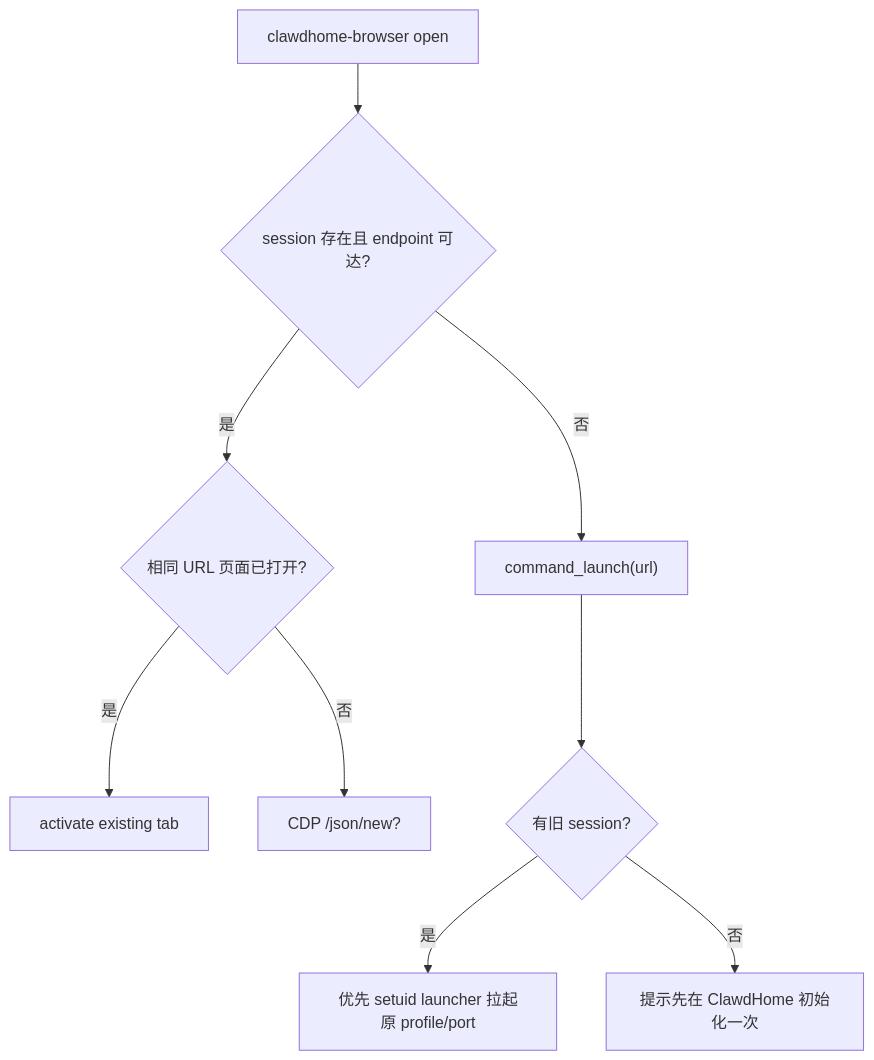
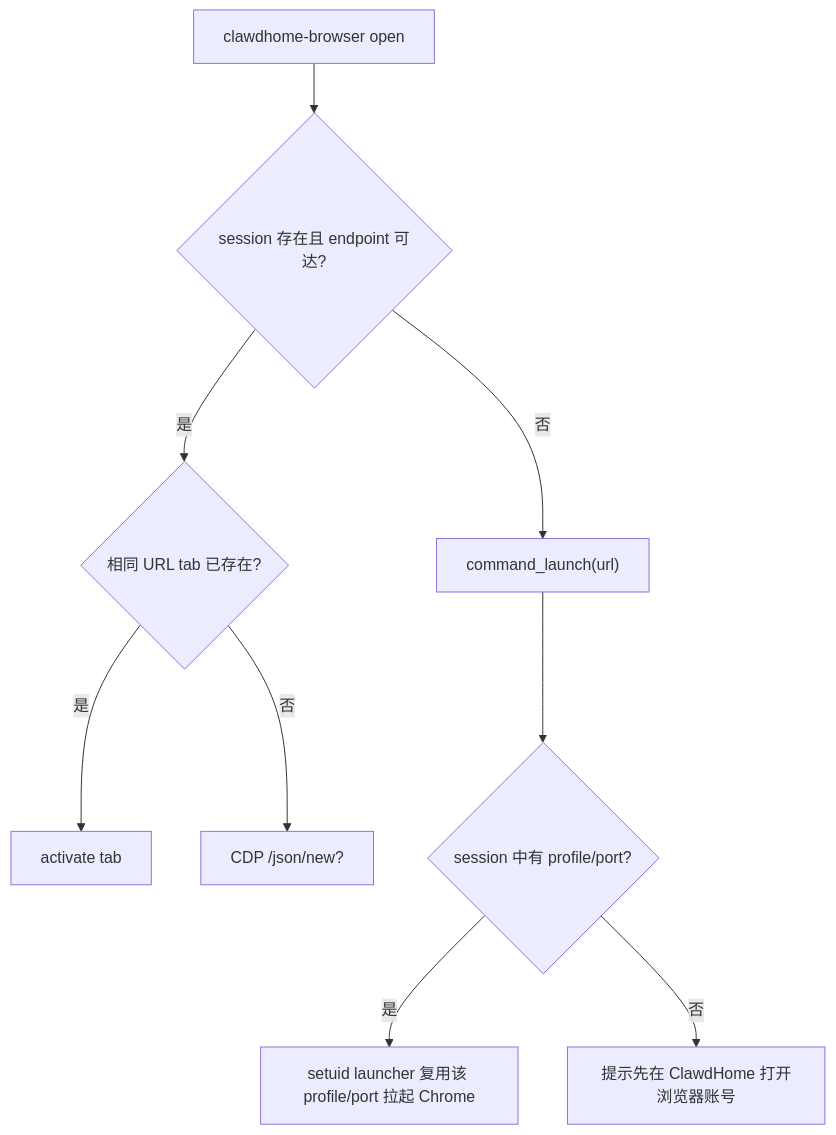
The third of 3 diagrams in docs/browser-account-technical-spec.md (ThinkInAIXYZ/clawdhome), drawn with Mermaid before and after one commit. The commit also changed other lines of this file and 2 other files, not shown here.

Commit message:
feat(browser): surface chrome install guidance

````diff
--- a/docs/browser-account-technical-spec.md
+++ b/docs/browser-account-technical-spec.md
@@ -85,11 +145,11 @@
 ```mermaid
 flowchart TD
     A["clawdhome-browser open <url>"] --> B{"session 存在且 endpoint 可达?"}
-    B -- "是" --> C{"相同 URL 页面已打开?"}
-    C -- "是" --> D["activate existing tab"]
+    B -- "是" --> C{"相同 URL tab 已存在?"}
+    C -- "是" --> D["activate tab"]
     C -- "否" --> E["CDP /json/new?<url>"]
     B -- "否" --> F["command_launch(url)"]
-    F --> G{"有旧 session?"}
-    G -- "是" --> H["优先 setuid launcher 拉起原 profile/port"]
-    G -- "否" --> I["提示先在 ClawdHome 初始化一次"]
+    F --> G{"session 中有 profile/port?"}
+    G -- "是" --> H["setuid launcher 复用该 profile/port 拉起 Chrome"]
+    G -- "否" --> I["提示先在 ClawdHome 打开浏览器账号"]
 ```
````
